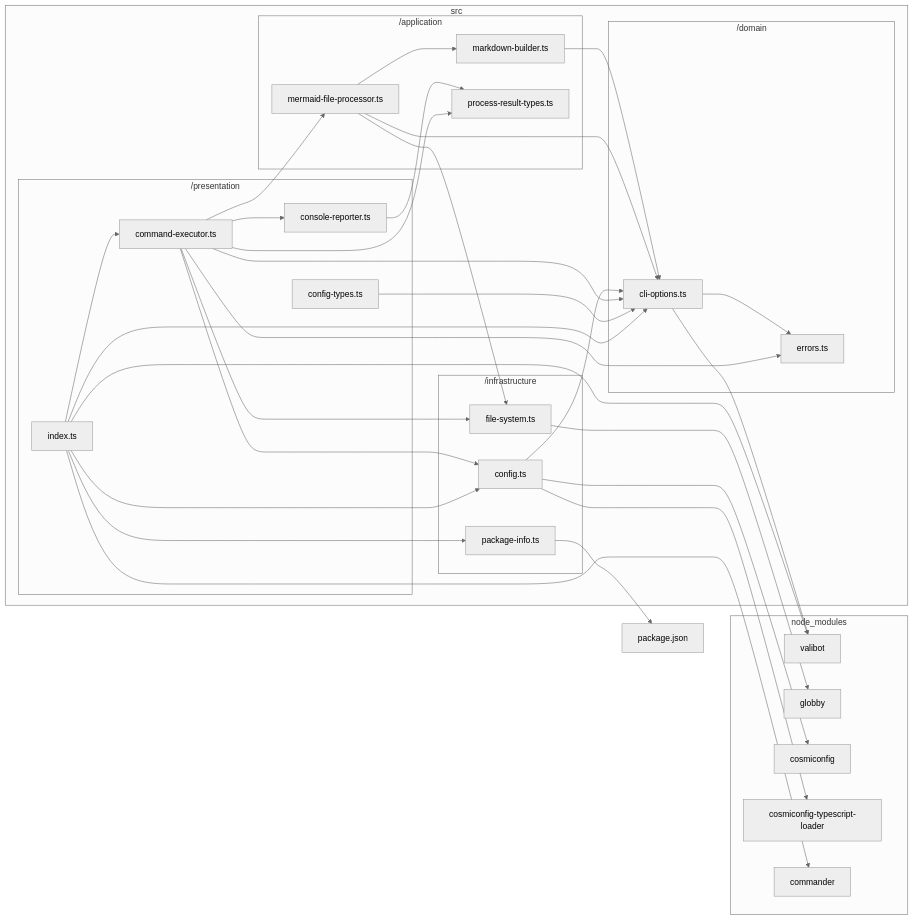
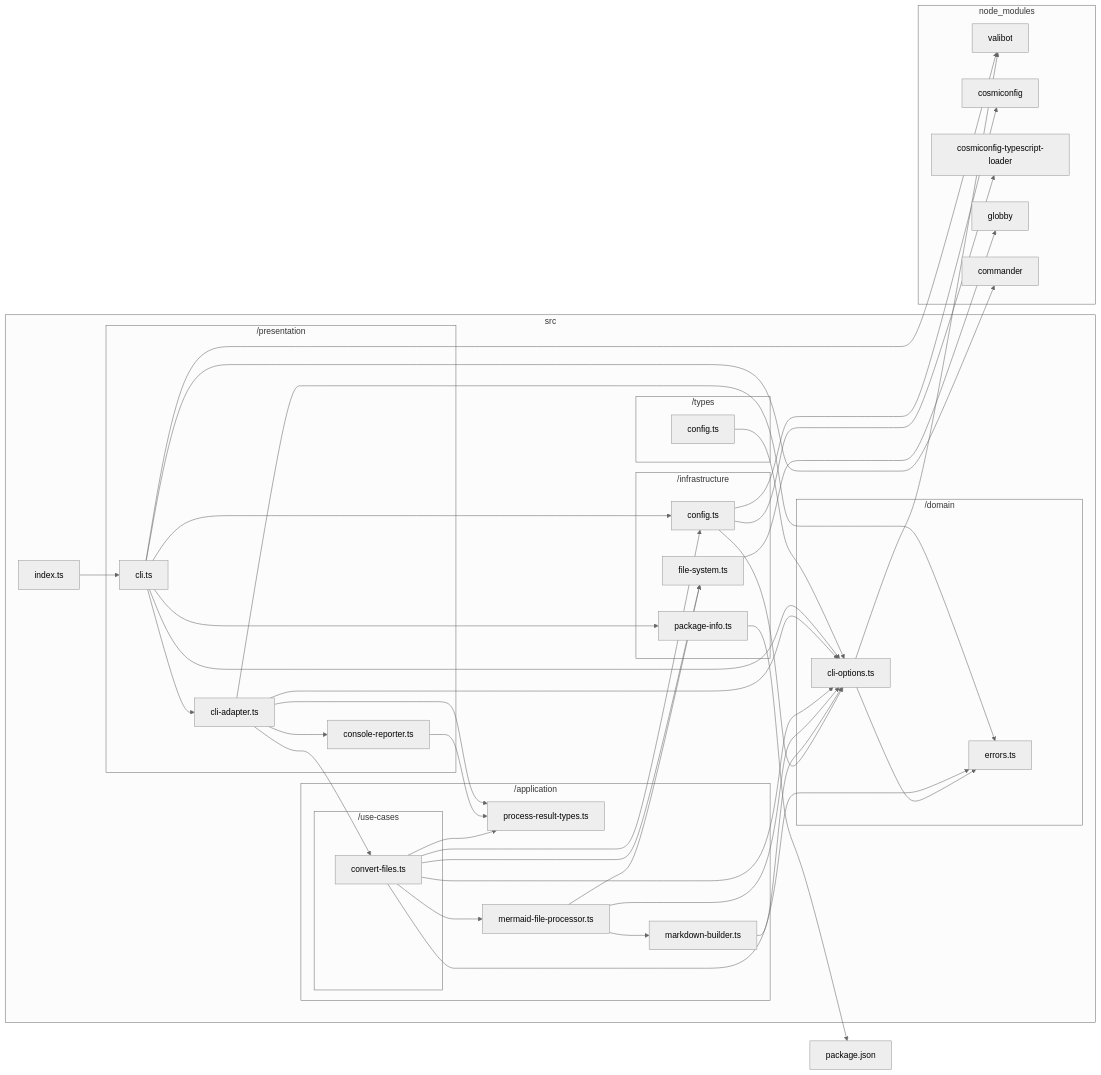
The diagram in docs/reports/dependencies/deps-graph.md (sugurutakahashi-1234/mermaid-markdown-wrap), drawn with Mermaid (neutral theme) before and after one commit. The commit also changed 8 other files, not shown here.

````diff
--- a/docs/reports/dependencies/deps-graph.md
+++ b/docs/reports/dependencies/deps-graph.md
@@ -7,58 +7,69 @@
 ```mermaid
 flowchart LR
     subgraph src["src"]
+        src/index.ts["index.ts"]
         subgraph src/domain["/domain"]
             src/domain/errors.ts["errors.ts"]
             src/domain/cli//options.ts["cli-options.ts"]
         end
+        subgraph src/infrastructure["/infrastructure"]
+            src/infrastructure/config.ts["config.ts"]
+            src/infrastructure/package//info.ts["package-info.ts"]
+            src/infrastructure/file//system.ts["file-system.ts"]
+        end
         subgraph src/application["/application"]
+            src/application/process//result//types.ts["process-result-types.ts"]
             src/application/markdown//builder.ts["markdown-builder.ts"]
             src/application/mermaid//file//processor.ts["mermaid-file-processor.ts"]
-            src/application/process//result//types.ts["process-result-types.ts"]
-        end
-        subgraph src/infrastructure["/infrastructure"]
-            src/infrastructure/file//system.ts["file-system.ts"]
-            src/infrastructure/config.ts["config.ts"]
-            src/infrastructure/package//info.ts["package-info.ts"]
+            subgraph src/application/use//cases["/use-cases"]
+                src/application/use//cases/convert//files.ts["convert-files.ts"]
+            end
         end
         subgraph src/presentation["/presentation"]
             src/presentation/console//reporter.ts["console-reporter.ts"]
-            src/presentation/command//executor.ts["command-executor.ts"]
-            src/presentation/config//types.ts["config-types.ts"]
-            src/presentation/index.ts["index.ts"]
+            src/presentation/cli//adapter.ts["cli-adapter.ts"]
+            src/presentation/cli.ts["cli.ts"]
+        end
+        subgraph src/types["/types"]
+            src/types/config.ts["config.ts"]
         end
     end
     subgraph node//modules["node_modules"]
         node//modules/valibot/dist/index.d.cts["valibot"]
-        node//modules/globby/index.d.ts["globby"]
         node//modules/cosmiconfig/dist/index.d.ts["cosmiconfig"]
         node//modules/cosmiconfig//typescript//loader/dist/types/index.d.ts["cosmiconfig-typescript-loader"]
+        node//modules/globby/index.d.ts["globby"]
         node//modules/commander/typings/index.d.ts["commander"]
     end
     src/domain/cli//options.ts-->node//modules/valibot/dist/index.d.cts
     src/domain/cli//options.ts-->src/domain/errors.ts
-    src/application/markdown//builder.ts-->src/domain/cli//options.ts
-    src/infrastructure/file//system.ts-->node//modules/globby/index.d.ts
-    src/application/mermaid//file//processor.ts-->src/domain/cli//options.ts
-    src/application/mermaid//file//processor.ts-->src/infrastructure/file//system.ts
-    src/application/mermaid//file//processor.ts-->src/application/markdown//builder.ts
     src/infrastructure/config.ts-->node//modules/cosmiconfig/dist/index.d.ts
     src/infrastructure/config.ts-->node//modules/cosmiconfig//typescript//loader/dist/types/index.d.ts
     src/infrastructure/config.ts-->src/domain/cli//options.ts
     src/infrastructure/package//info.ts-->package.json
+    src/infrastructure/file//system.ts-->node//modules/globby/index.d.ts
+    src/application/markdown//builder.ts-->src/domain/cli//options.ts
+    src/application/mermaid//file//processor.ts-->src/domain/cli//options.ts
+    src/application/mermaid//file//processor.ts-->src/infrastructure/file//system.ts
+    src/application/mermaid//file//processor.ts-->src/application/markdown//builder.ts
+    src/application/use//cases/convert//files.ts-->src/domain/cli//options.ts
+    src/application/use//cases/convert//files.ts-->src/domain/errors.ts
+    src/application/use//cases/convert//files.ts-->src/infrastructure/config.ts
+    src/application/use//cases/convert//files.ts-->src/infrastructure/file//system.ts
+    src/application/use//cases/convert//files.ts-->src/application/mermaid//file//processor.ts
+    src/application/use//cases/convert//files.ts-->src/application/process//result//types.ts
     src/presentation/console//reporter.ts-->src/application/process//result//types.ts
-    src/presentation/command//executor.ts-->src/application/mermaid//file//processor.ts
-    src/presentation/command//executor.ts-->src/application/process//result//types.ts
-    src/presentation/command//executor.ts-->src/domain/cli//options.ts
-    src/presentation/command//executor.ts-->src/domain/errors.ts
-    src/presentation/command//executor.ts-->src/infrastructure/config.ts
-    src/presentation/command//executor.ts-->src/infrastructure/file//system.ts
-    src/presentation/command//executor.ts-->src/presentation/console//reporter.ts
-    src/presentation/config//types.ts-->src/domain/cli//options.ts
-    src/presentation/index.ts-->node//modules/commander/typings/index.d.ts
-    src/presentation/index.ts-->node//modules/valibot/dist/index.d.cts
-    src/presentation/index.ts-->src/domain/cli//options.ts
-    src/presentation/index.ts-->src/infrastructure/config.ts
-    src/presentation/index.ts-->src/infrastructure/package//info.ts
-    src/presentation/index.ts-->src/presentation/command//executor.ts
+    src/presentation/cli//adapter.ts-->src/application/process//result//types.ts
+    src/presentation/cli//adapter.ts-->src/application/use//cases/convert//files.ts
+    src/presentation/cli//adapter.ts-->src/domain/cli//options.ts
+    src/presentation/cli//adapter.ts-->src/domain/errors.ts
+    src/presentation/cli//adapter.ts-->src/presentation/console//reporter.ts
+    src/presentation/cli.ts-->node//modules/commander/typings/index.d.ts
+    src/presentation/cli.ts-->node//modules/valibot/dist/index.d.cts
+    src/presentation/cli.ts-->src/domain/cli//options.ts
+    src/presentation/cli.ts-->src/infrastructure/config.ts
+    src/presentation/cli.ts-->src/infrastructure/package//info.ts
+    src/presentation/cli.ts-->src/presentation/cli//adapter.ts
+    src/index.ts-->src/presentation/cli.ts
+    src/types/config.ts-->src/domain/cli//options.ts
 ```
````
